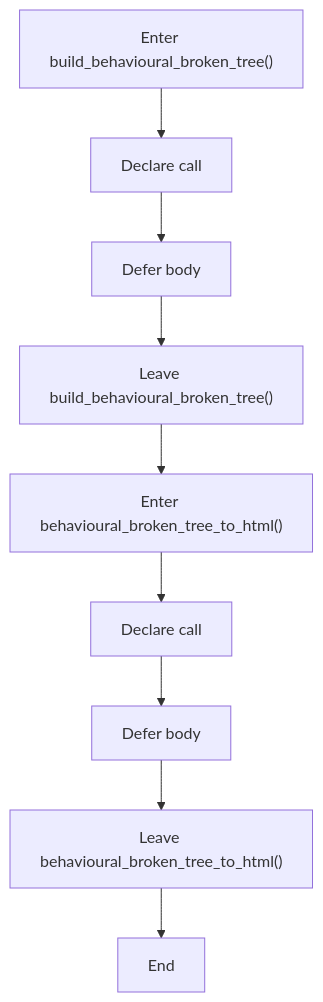
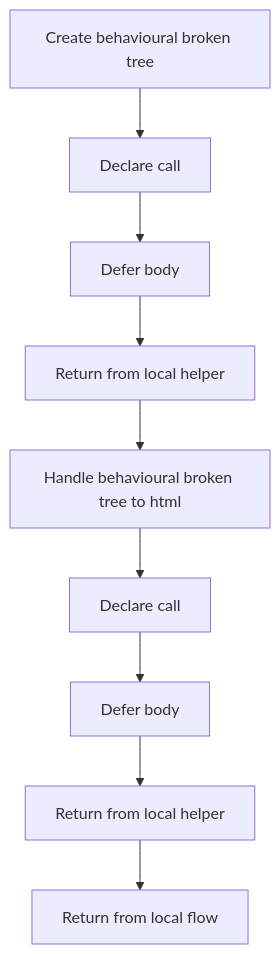
One commit to JohnAndrewBalbarosa/NeoTerritory changed the second of 6 diagrams in docs/Codebase/Microservice/Modules/Header/SyntacticBrokenAST/Trees/Broken/Behavioural/tree.hpp.md. Above: the diagram before and after it, drawn with Mermaid. The commit also changed other lines of this file and 925 other files, not shown here.

````diff
--- a/docs/Codebase/Microservice/Modules/Header/SyntacticBrokenAST/Trees/Broken/Behavioural/tree.hpp.md
+++ b/docs/Codebase/Microservice/Modules/Header/SyntacticBrokenAST/Trees/Broken/Behavioural/tree.hpp.md
@@ -56,20 +55,20 @@
 ```mermaid
 flowchart TD
-    N0["Enter build_behavioural_broken_tree()"]
+    N0["Create behavioural broken tree"]
     N1["Declare call"]
     N2["Defer body"]
-    N3["Leave build_behavioural_broken_tree()"]
-    N4["Enter behavioural_broken_tree_to_html()"]
+    N3["Return from local helper"]
+    N4["Handle behavioural broken tree to html"]
     N5["Declare call"]
     N6["Defer body"]
-    N7["Leave behavioural_broken_tree_to_html()"]
-    N8["End"]
+    N7["Return from local helper"]
+    N8["Return from local flow"]
     N0 --> N1
     N1 --> N2
     N2 --> N3
     N3 --> N4
     N4 --> N5
     N5 --> N6
     N6 --> N7
     N7 --> N8
 ```
````
